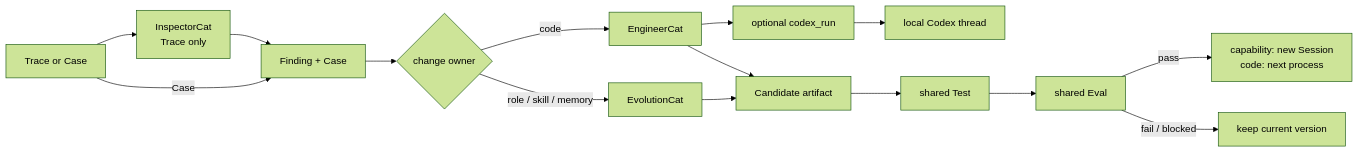
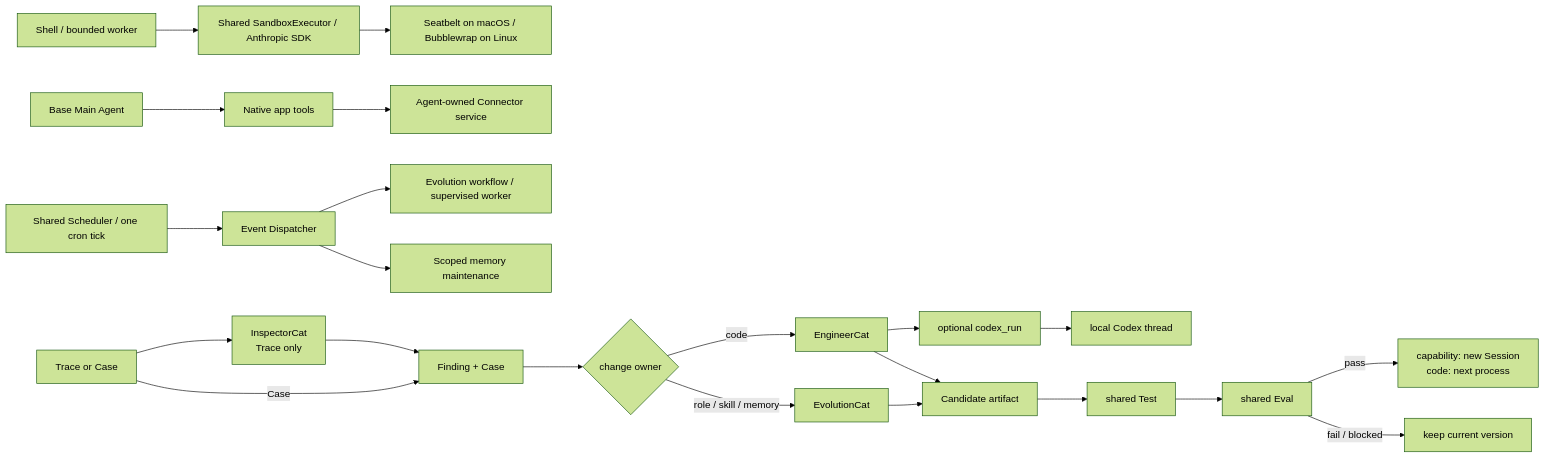
One commit to fightheyyy/xiaobaOS changed the second of 2 diagrams in docs/roles-skills/SPEC.md. Above: the diagram before and after it, drawn with Mermaid (forest theme). The commit also changed other lines of this file and 129 other files, not shown here.

Commit message:
feat: add personal agent events, memory, connectors and sandbox runtime

````diff
--- a/docs/roles-skills/SPEC.md
+++ b/docs/roles-skills/SPEC.md
@@ -76,17 +93,24 @@
 ```mermaid
 flowchart LR
+    Execution["Shell / bounded worker"] --> Sandbox["Shared SandboxExecutor / Anthropic SDK"]
+    Sandbox --> Native["Seatbelt on macOS / Bubblewrap on Linux"]
+    Base["Base Main Agent"] --> AppTools["Native app tools"]
+    AppTools --> AppService["Agent-owned Connector service"]
+    DailyScheduler["Shared Scheduler / one cron tick"] --> ScheduledEvents["Event Dispatcher"]
+    ScheduledEvents --> EvolutionConsumer["Evolution workflow / supervised worker"]
+    ScheduledEvents --> MemoryConsumer["Scoped memory maintenance"]
     Input["Trace or Case"] --> Inspector["InspectorCat<br/>Trace only"]
     Inspector --> Pair["Finding + Case"]
     Input -->|Case| Pair
     Pair --> Owner{"change owner"}
     Owner -->|code| Engineer["EngineerCat"]
     Engineer --> CodexAdapter["optional codex_run"]
     CodexAdapter --> Codex["local Codex thread"]
     Owner -->|role / skill / memory| Evolution["EvolutionCat"]
     Engineer --> Candidate["Candidate artifact"]
     Evolution --> Candidate
     Candidate --> Test["shared Test"]
     Test --> Eval["shared Eval"]
     Eval -->|pass| Activate["capability: new Session<br/>code: next process"]
     Eval -->|fail / blocked| Keep["keep current version"]
 ```
````
